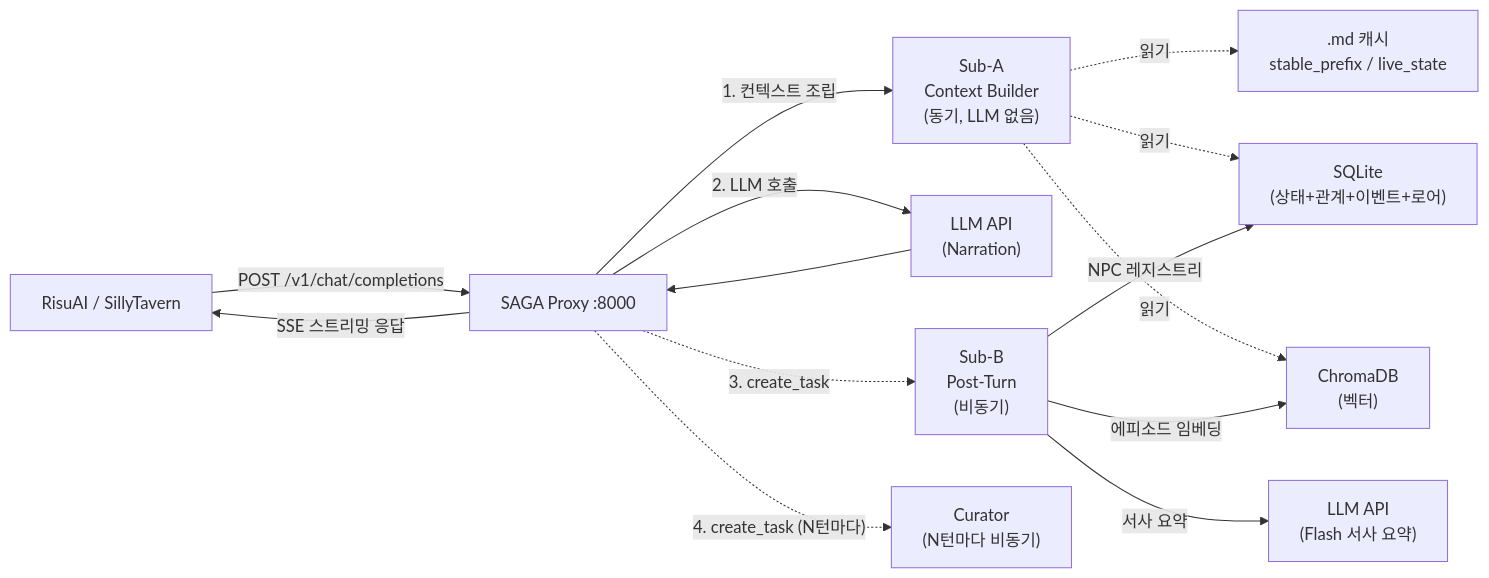
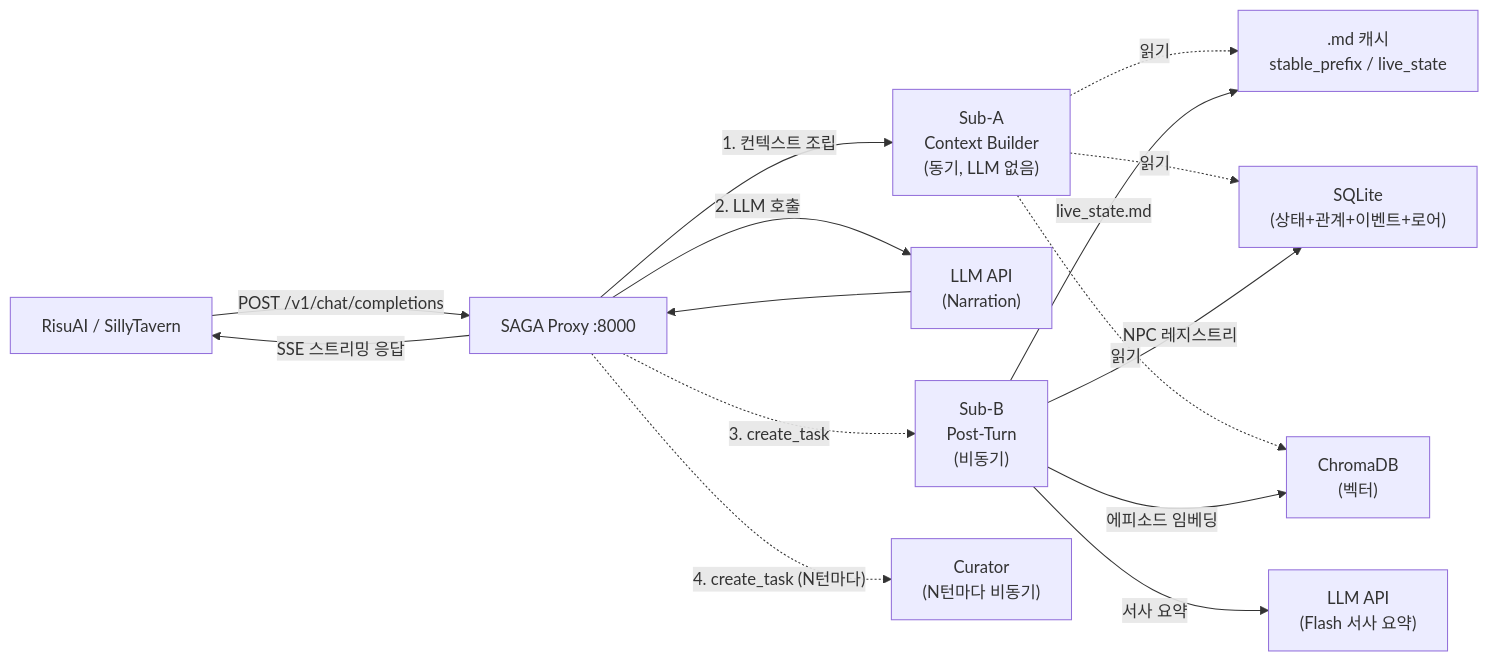
The diagram in README.md (YangHyunu/SAGA), drawn with Mermaid before and after one commit. The commit also changed other lines of this file and 9 other files, not shown here.

````diff
--- a/README.md
+++ b/README.md
@@ -251,34 +251,35 @@
 ```mermaid
 flowchart LR
     Client["RisuAI / SillyTavern"]
 
     Proxy["SAGA Proxy :8000"]
     SubA["Sub-A<br/>Context Builder<br/>(동기, LLM 없음)"]
     LLM["LLM API<br/>(Narration)"]
     SubB["Sub-B<br/>Post-Turn<br/>(비동기)"]
     Flash["LLM API<br/>(Flash 서사 요약)"]
     Curator["Curator<br/>(N턴마다 비동기)"]
 
     SQLite["SQLite<br/>(상태+관계+이벤트+로어)"]
     Chroma["ChromaDB<br/>(벡터)"]
     Cache[".md 캐시<br/>stable_prefix / live_state"]
 
     %% 요청 흐름
     Client -- "POST /v1/chat/completions" --> Proxy
     Proxy -- "1. 컨텍스트 조립" --> SubA
     SubA -. "읽기" .-> Cache
     SubA -. "읽기" .-> SQLite
     SubA -. "읽기" .-> Chroma
 
     Proxy -- "2. LLM 호출" --> LLM
     LLM --> Proxy
     Proxy -- "SSE 스트리밍 응답" --> Client
 
     %% 비동기 후처리 (Proxy가 둘 다 fire)
     Proxy -. "3. create_task" .-> SubB
     Proxy -. "4. create_task (N턴마다)" .-> Curator
 
     SubB -- "서사 요약" --> Flash
     SubB -- "NPC 레지스트리" --> SQLite
     SubB -- "에피소드 임베딩" --> Chroma
+    SubB -- "live_state.md" --> Cache
 ```
````
